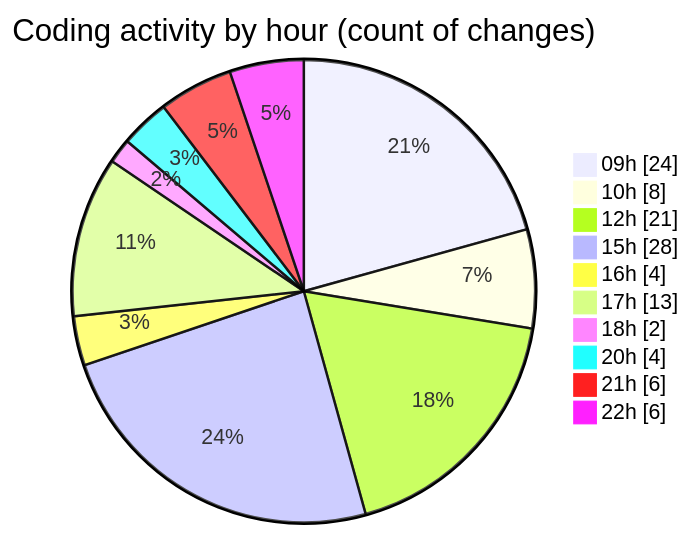
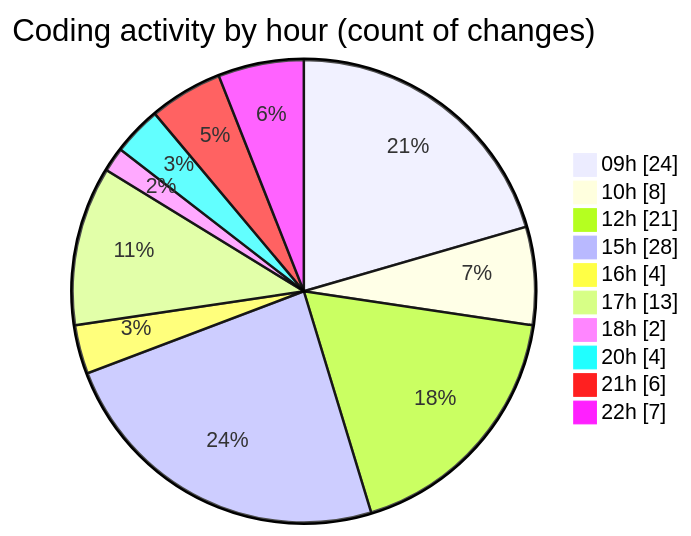
Before and after one commit to lephambinh05/code-tracking: the second of 2 diagrams in 2025-08-18/rentotp/README.md, drawn with Mermaid. The commit also changed other lines of this file and 1 other file, not shown here.

````diff
--- a/2025-08-18/rentotp/README.md
+++ b/2025-08-18/rentotp/README.md
@@ -68,14 +69,14 @@
 ```mermaid
 pie showData
 title Coding activity by hour (count of changes)
 "09h" : 24
 "10h" : 8
 "12h" : 21
 "15h" : 28
 "16h" : 4
 "17h" : 13
 "18h" : 2
 "20h" : 4
 "21h" : 6
-"22h" : 6
+"22h" : 7
 ```
````
